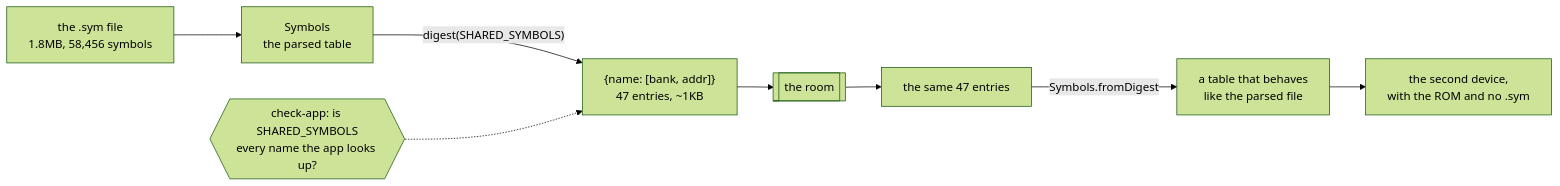
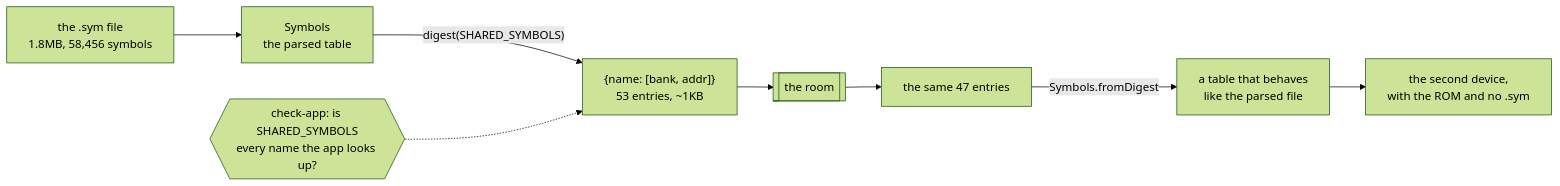
Diagram 43 of 44 in docs/CODE.md (minormending/crystal-pilot-mobile), drawn with Mermaid (forest theme) before and after one commit. The commit also changed other lines of this file and 16 other files, not shown here.

````diff
--- a/docs/CODE.md
+++ b/docs/CODE.md
@@ -5177,10 +5298,10 @@
 ```mermaid
 flowchart LR
     F["the .sym file<br/>1.8MB, 58,456 symbols"] --> S["Symbols<br/>the parsed table"]
-    S -->|"digest(SHARED_SYMBOLS)"| D["{name: [bank, addr]}<br/>47 entries, ~1KB"]
+    S -->|"digest(SHARED_SYMBOLS)"| D["{name: [bank, addr]}<br/>53 entries, ~1KB"]
     D --> R[["the room"]]
     R --> D2["the same 47 entries"]
     D2 -->|"Symbols.fromDigest"| T["a table that behaves<br/>like the parsed file"]
     T --> APP["the second device,<br/>with the ROM and no .sym"]
     C{{"check-app: is SHARED_SYMBOLS<br/>every name the app looks up?"}} -.-> D
 ```
````
